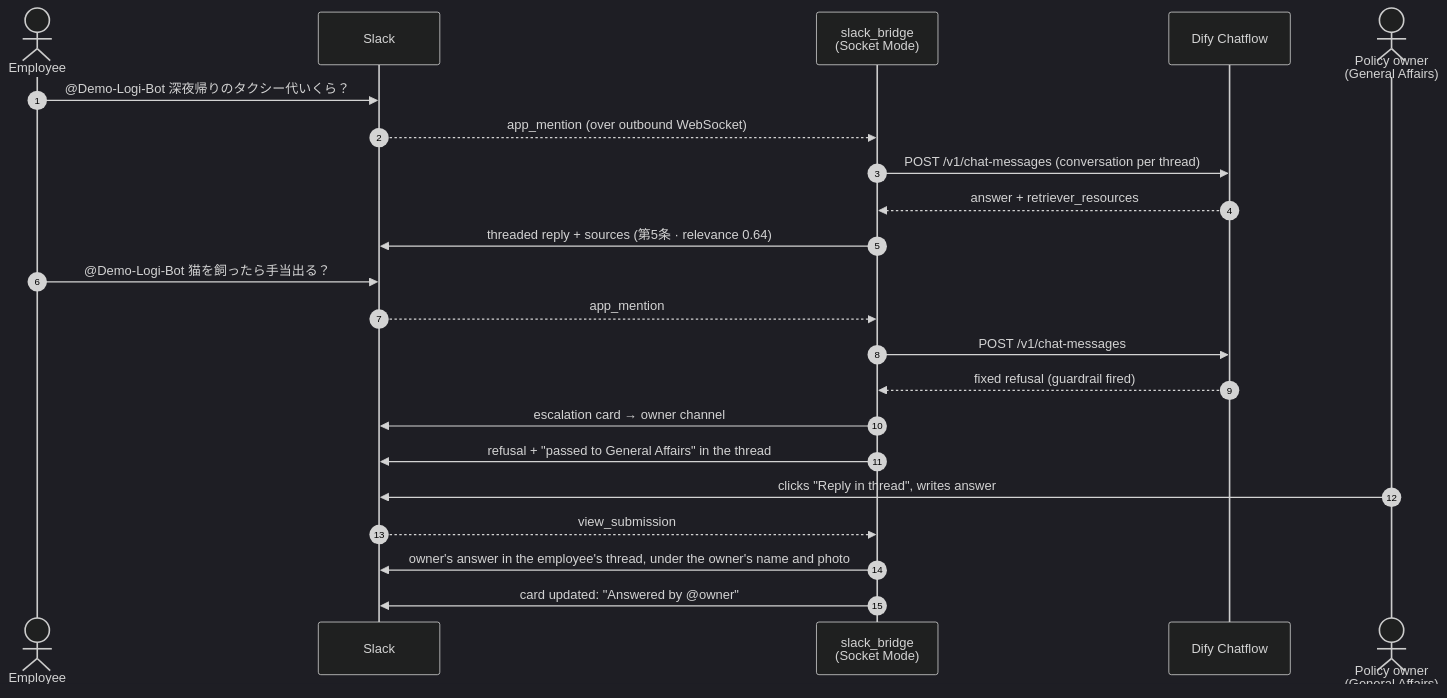
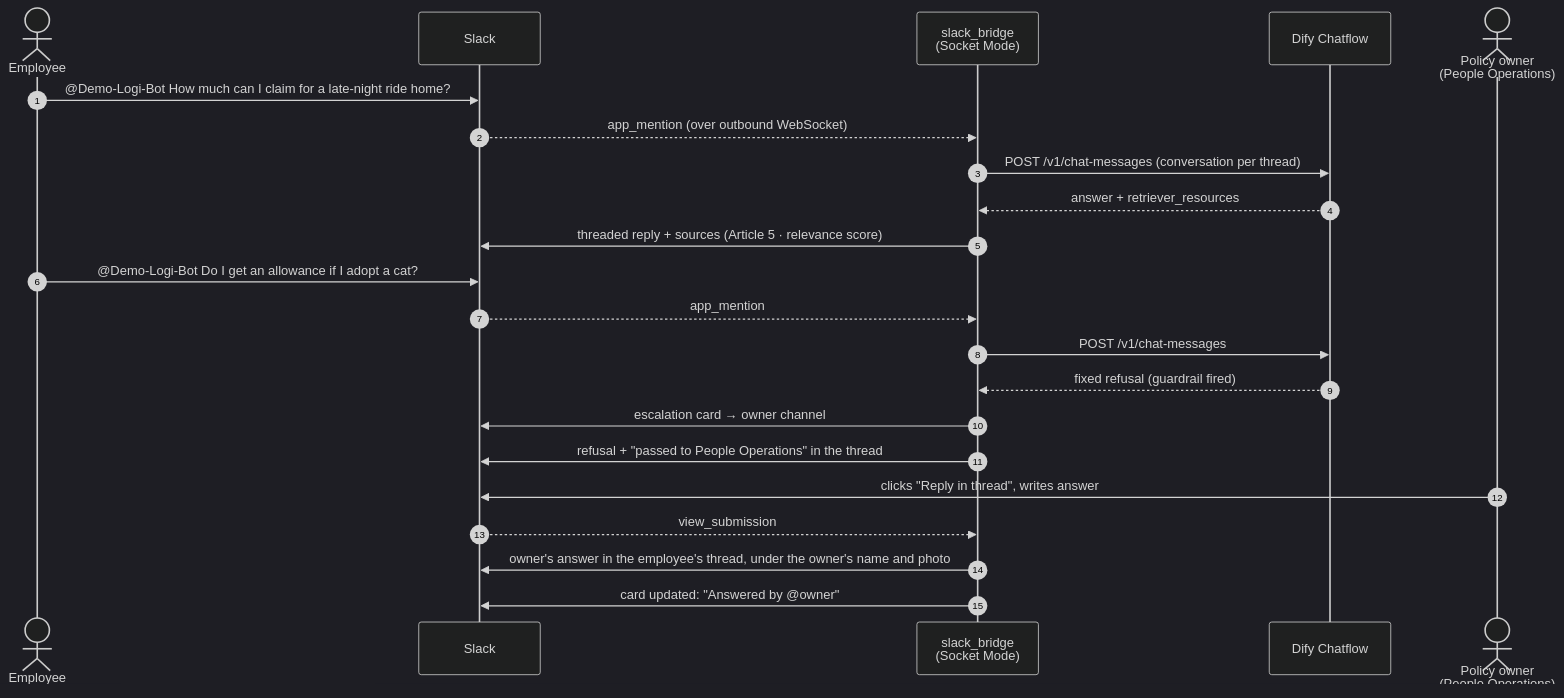
One commit to knmgn/RAG_with_Dify_Automation changed the diagram in slack_bridge/README.md. Above: the diagram before and after it, drawn with Mermaid (dark theme). The commit also changed other lines of this file and 28 other files, not shown here.

````diff
--- a/slack_bridge/README.md
+++ b/slack_bridge/README.md
@@ -8,26 +8,26 @@
 ```mermaid
 sequenceDiagram
     autonumber
     actor E as Employee
     participant S as Slack
     participant B as slack_bridge<br/>(Socket Mode)
     participant D as Dify Chatflow
-    actor O as Policy owner<br/>(General Affairs)
+    actor O as Policy owner<br/>(People Operations)
 
-    E->>S: @Demo-Logi-Bot 深夜帰りのタクシー代いくら？
+    E->>S: @Demo-Logi-Bot How much can I claim for a late-night ride home?
     S-->>B: app_mention (over outbound WebSocket)
     B->>D: POST /v1/chat-messages (conversation per thread)
     D-->>B: answer + retriever_resources
-    B->>S: threaded reply + sources (第5条 · relevance 0.64)
+    B->>S: threaded reply + sources (Article 5 · relevance score)
 
-    E->>S: @Demo-Logi-Bot 猫を飼ったら手当出る？
+    E->>S: @Demo-Logi-Bot Do I get an allowance if I adopt a cat?
     S-->>B: app_mention
     B->>D: POST /v1/chat-messages
     D-->>B: fixed refusal (guardrail fired)
     B->>S: escalation card → owner channel
-    B->>S: refusal + "passed to General Affairs" in the thread
+    B->>S: refusal + "passed to People Operations" in the thread
     O->>S: clicks "Reply in thread", writes answer
     S-->>B: view_submission
     B->>S: owner's answer in the employee's thread, under the owner's name and photo
     B->>S: card updated: "Answered by @owner"
 ```
````
